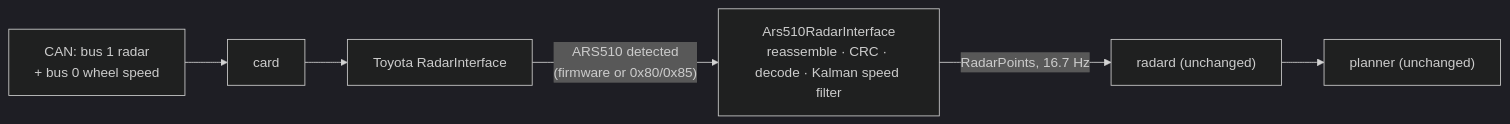
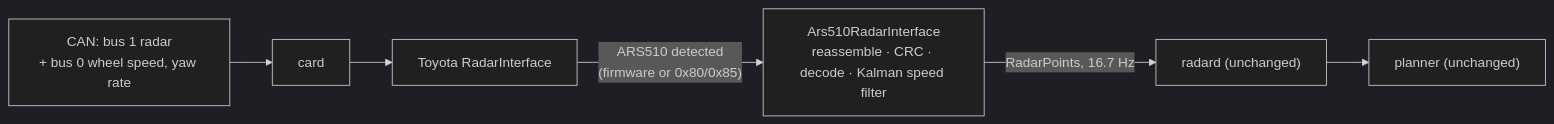
Before and after one commit to ds-sebastian/ars510-radar: the diagram in README.md, drawn with Mermaid (dark theme). The commit also changed other lines of this file and 19 other files, not shown here.

````diff
--- a/README.md
+++ b/README.md
@@ -147,6 +147,6 @@
 ```mermaid
 flowchart LR
-    CAN["CAN: bus 1 radar<br/>+ bus 0 wheel speed"] --> card --> RI["Toyota RadarInterface"]
+    CAN["CAN: bus 1 radar<br/>+ bus 0 wheel speed, yaw rate"] --> card --> RI["Toyota RadarInterface"]
     RI -- "ARS510 detected<br/>(firmware or 0x80/0x85)" --> A["Ars510RadarInterface<br/>reassemble · CRC · decode · Kalman speed filter"]
     A -- "RadarPoints, 16.7 Hz" --> radard["radard (unchanged)"] --> planner["planner (unchanged)"]
 ```
````
